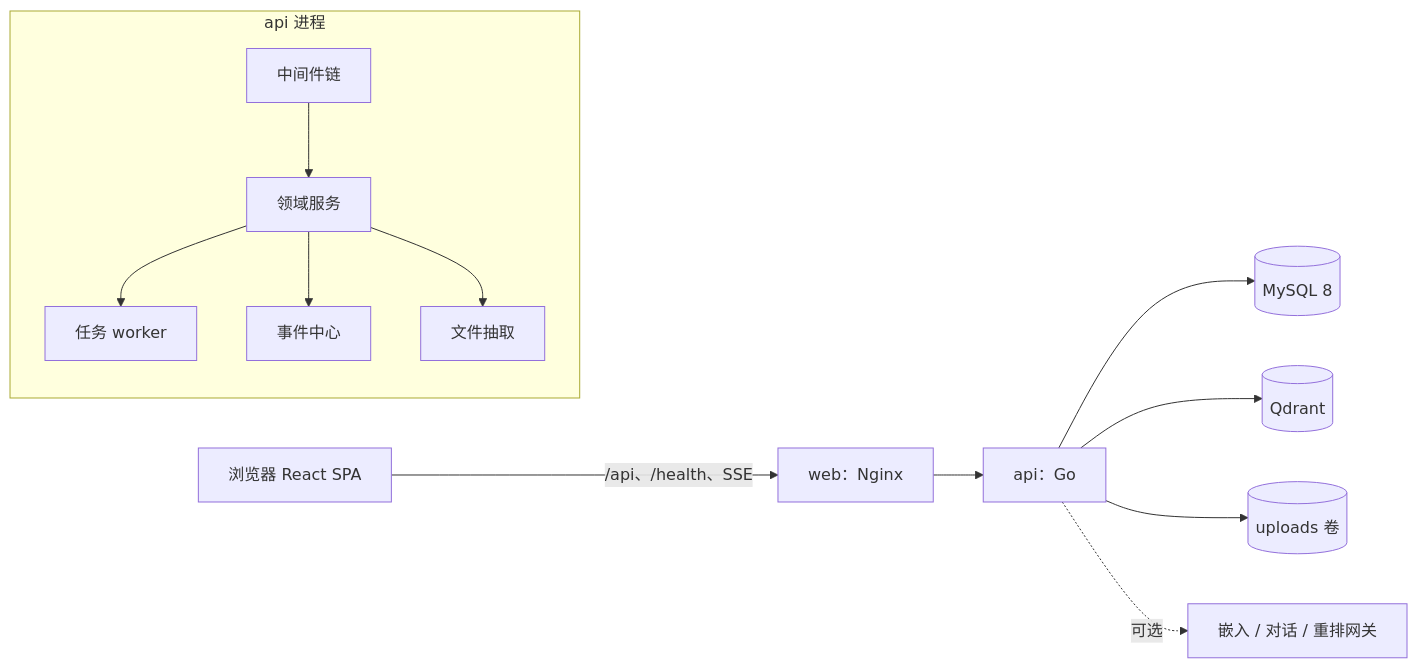
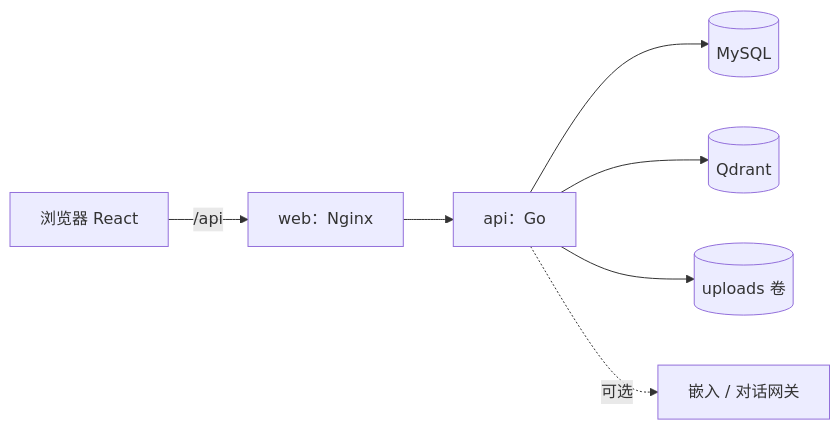
One commit to HanoFleet/teamwork changed the diagram in docs/CampusClaw-2.0-规划.md. Above: the diagram before and after it, drawn with Mermaid. The commit also changed other lines of this file, not shown here.

````diff
--- a/docs/CampusClaw-2.0-规划.md
+++ b/docs/CampusClaw-2.0-规划.md
@@ -377,15 +170,9 @@
 ```mermaid
 flowchart LR
-  B["浏览器 React SPA"] -->|"/api、/health、SSE"| N["web：Nginx"]
+  B["浏览器 React"] -->|"/api"| N["web：Nginx"]
   N --> A["api：Go"]
-  subgraph api 进程
-    MW["中间件链"] --> SVC["领域服务"]
-    SVC --> W["任务 worker"]
-    SVC --> HUB["事件中心"]
-    SVC --> EX["文件抽取"]
-  end
-  A --> M[("MySQL 8")]
+  A --> M[("MySQL")]
   A --> Q[("Qdrant")]
   A --> U[("uploads 卷")]
-  A -.->|"可选"| G["嵌入 / 对话 / 重排网关"]
+  A -.->|"可选"| G["嵌入 / 对话网关"]
 ```
````
